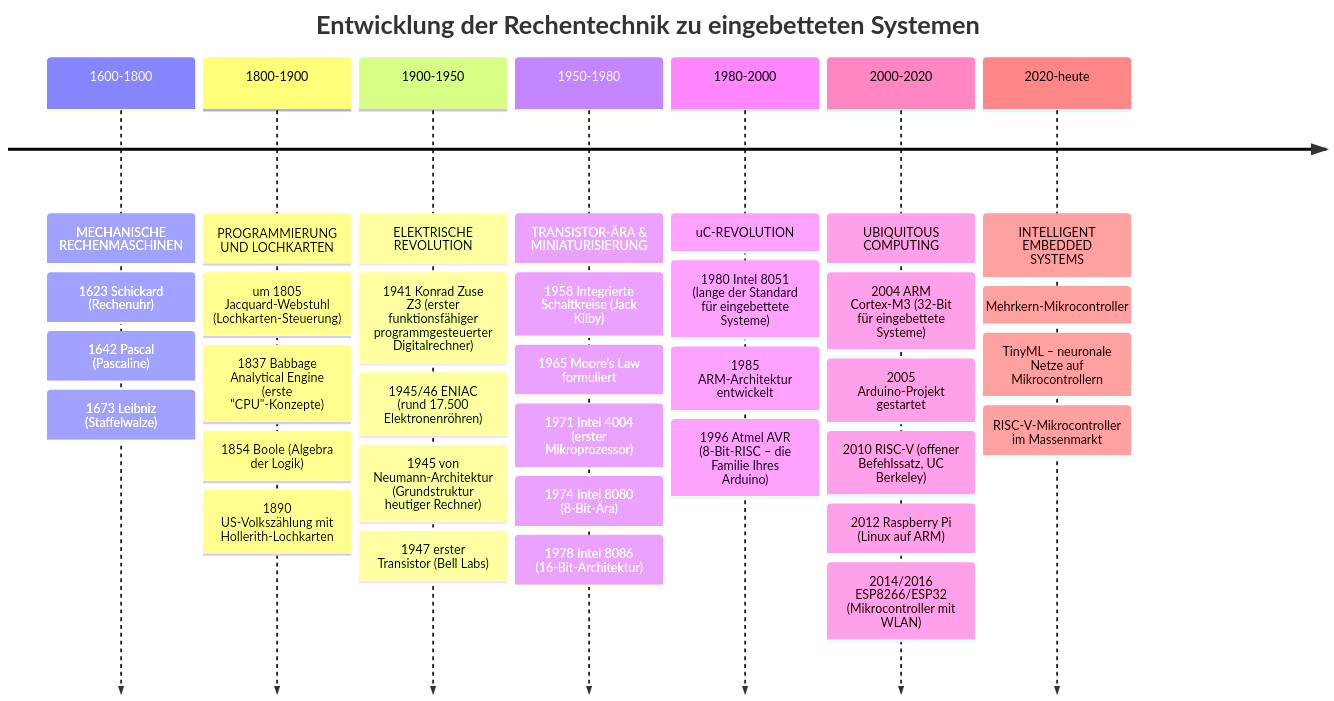
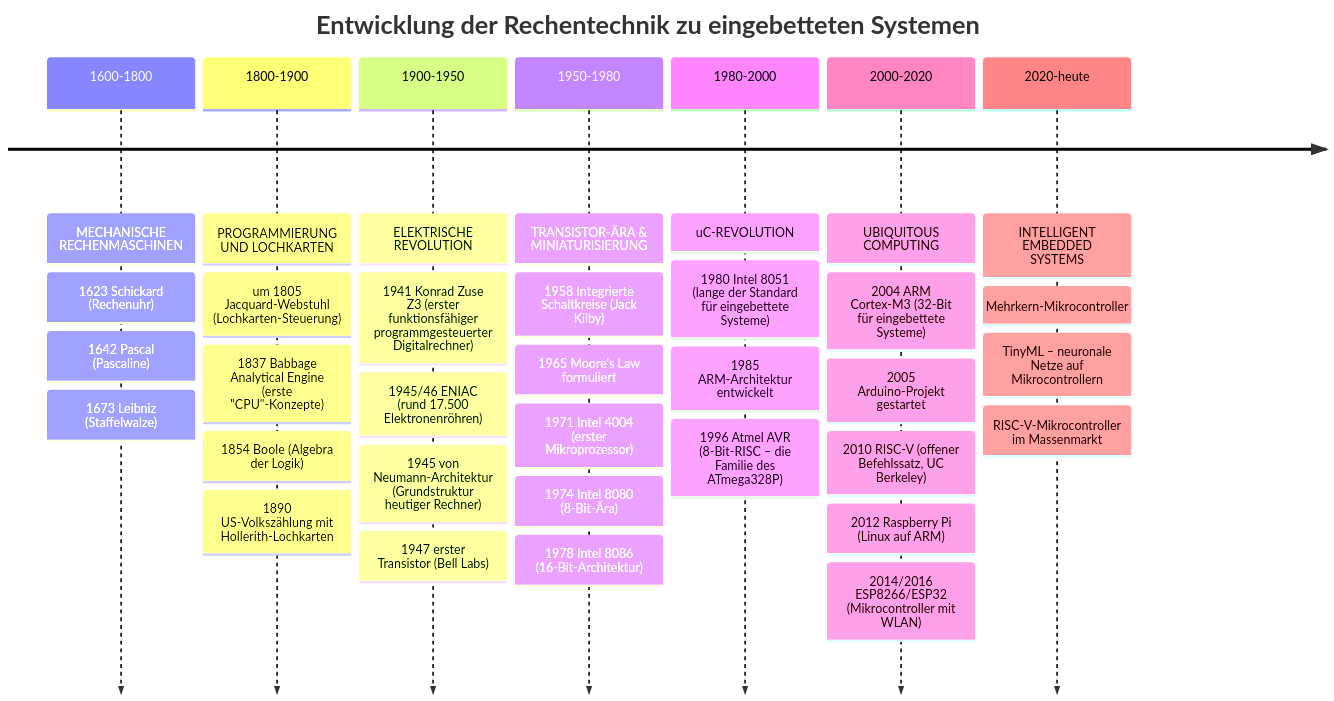
Before and after one commit to TUBAF-IfI-LiaScript/VL_EingebetteteSysteme: the diagram in 01_HistorischerUeberblick.md, drawn with Mermaid. The commit also changed other lines of this file and 25 other files, not shown here.

First line of the commit message:
Lectures 00-02 for the start; course map and layer diagrams

````diff
--- a/01_HistorischerUeberblick.md
+++ b/01_HistorischerUeberblick.md
@@ -165,45 +171,45 @@
 ```mermaid @mermaid
 timeline
     title Entwicklung der Rechentechnik zu eingebetteten Systemen
 
     1600-1800 : MECHANISCHE RECHENMASCHINEN
               : 1623 Schickard (Rechenuhr)
               : 1642 Pascal (Pascaline)
               : 1673 Leibniz (Staffelwalze)
 
     1800-1900 : PROGRAMMIERUNG UND LOCHKARTEN
               : um 1805 Jacquard-Webstuhl (Lochkarten-Steuerung)
               : 1837 Babbage Analytical Engine (erste "CPU"-Konzepte)
               : 1854 Boole (Algebra der Logik)
               : 1890 US-Volkszählung mit Hollerith-Lochkarten
 
     1900-1950 : ELEKTRISCHE REVOLUTION
               : 1941 Konrad Zuse Z3 (erster funktionsfähiger programmgesteuerter Digitalrechner)
               : 1945/46 ENIAC (rund 17.500 Elektronenröhren)
               : 1945 von Neumann-Architektur (Grundstruktur heutiger Rechner)
               : 1947 erster Transistor (Bell Labs)
 
     1950-1980 : TRANSISTOR-ÄRA & MINIATURISIERUNG
               : 1958 Integrierte Schaltkreise (Jack Kilby)
               : 1965 Moore's Law formuliert
               : 1971 Intel 4004 (erster Mikroprozessor)
               : 1974 Intel 8080 (8-Bit-Ära)
               : 1978 Intel 8086 (16-Bit-Architektur)
 
     1980-2000 : uC-REVOLUTION
               : 1980 Intel 8051 (lange der Standard für eingebettete Systeme)
               : 1985 ARM-Architektur entwickelt
-              : 1996 Atmel AVR (8-Bit-RISC – die Familie Ihres Arduino)
+              : 1996 Atmel AVR (8-Bit-RISC – die Familie des ATmega328P)
 
     2000-2020 : UBIQUITOUS COMPUTING
                : 2004 ARM Cortex-M3 (32-Bit für eingebettete Systeme)
                : 2005 Arduino-Projekt gestartet
                : 2010 RISC-V (offener Befehlssatz, UC Berkeley)
                : 2012 Raspberry Pi (Linux auf ARM)
                : 2014/2016 ESP8266/ESP32 (Mikrocontroller mit WLAN)
 
     2020-heute : INTELLIGENT EMBEDDED SYSTEMS
                 : Mehrkern-Mikrocontroller
                 : TinyML – neuronale Netze auf Mikrocontrollern
                 : RISC-V-Mikrocontroller im Massenmarkt
 ```
````
